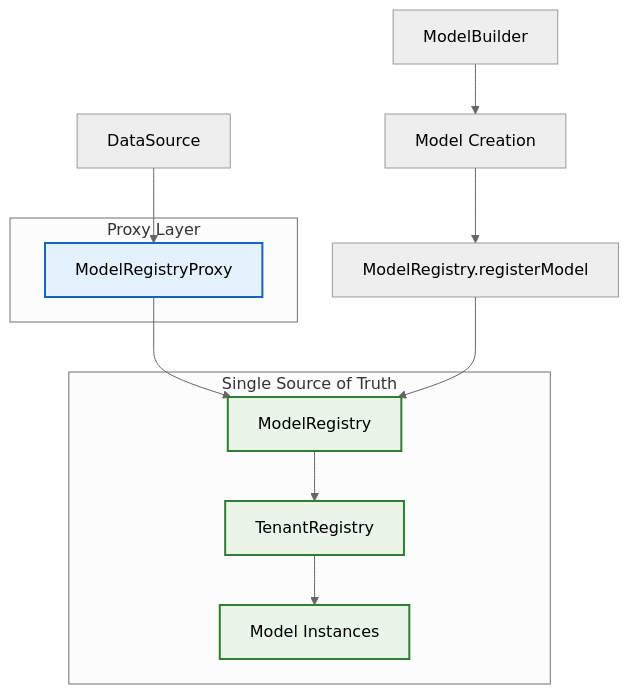
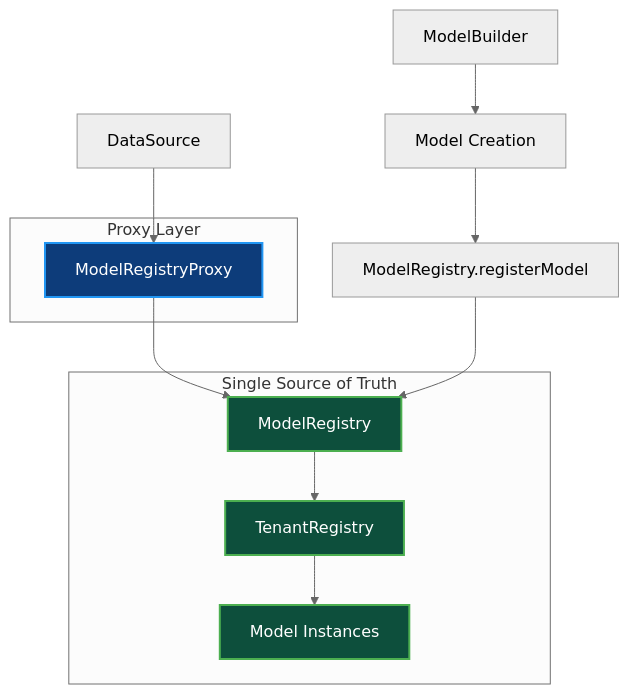
Before and after one commit to perkd/loopback-datasource-juggler: the second of 4 diagrams in docs/multitenant/centralized-model-registry-architecture.md, drawn with Mermaid (neutral theme). The commit also changed other lines of this file and 2 other files, not shown here.

Commit message:
docs - centralized-model-registry-architecture

````diff
--- a/docs/multitenant/centralized-model-registry-architecture.md
+++ b/docs/multitenant/centralized-model-registry-architecture.md
@@ -40,27 +45,27 @@
 ```mermaid
 graph TD
     A[DataSource] --> B[ModelRegistryProxy]
     B --> C[ModelRegistry]
     C --> D[TenantRegistry]
     D --> E[Model Instances]
     
     F[ModelBuilder] --> G[Model Creation]
     G --> H[ModelRegistry.registerModel]
     H --> C
     
     subgraph "Single Source of Truth"
         C
         D
         E
     end
     
     subgraph "Proxy Layer"
         B
     end
     
-    classDef centralized fill:#e8f5e8,stroke:#2e7d32,stroke-width:2px;
-    classDef proxy fill:#e3f2fd,stroke:#1565c0,stroke-width:2px;
-    
+    classDef centralized fill:#0d4f3c,stroke:#4caf50,stroke-width:2px,color:#ffffff;
+    classDef proxy fill:#0d3c7a,stroke:#2196f3,stroke-width:2px,color:#ffffff;
+
     class C,D,E centralized;
     class B proxy;
 ```
````
